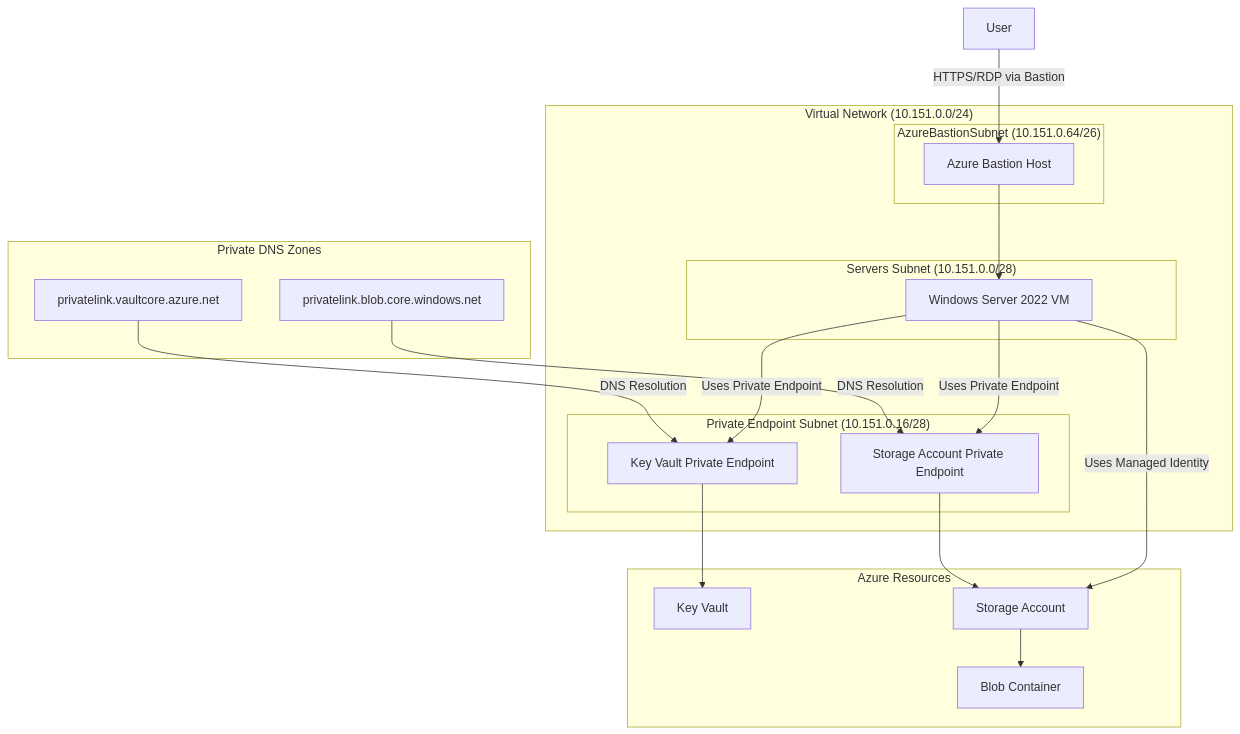
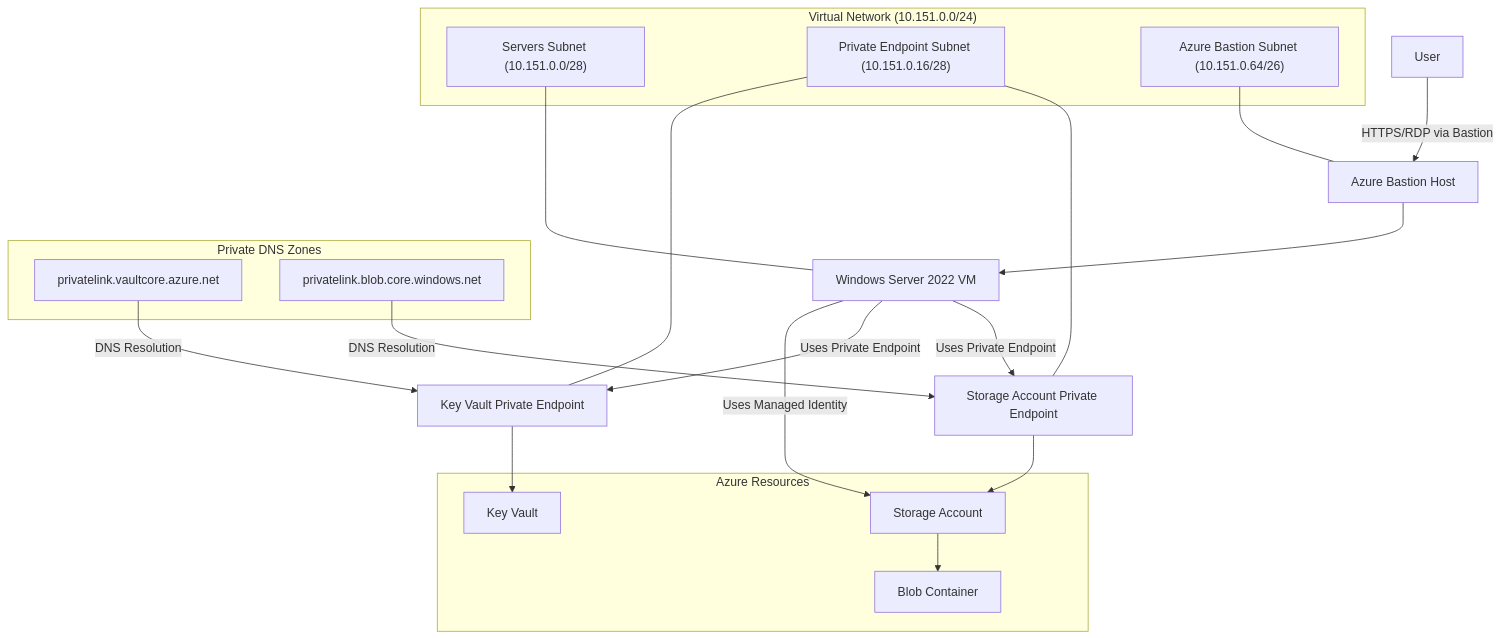
One commit to lenvolk/images-using-azure-image-builder changed the diagram in LenVolk/SPO2SA/README.md. Above: the diagram before and after it, drawn with Mermaid.

Commit message:
update architecture diagram in README.md for improved clarity and structure

````diff
--- a/LenVolk/SPO2SA/README.md
+++ b/LenVolk/SPO2SA/README.md
@@ -32,40 +32,47 @@
 ```mermaid
 graph TD
-    subgraph "Virtual Network (10.151.0.0/24)"
-        subgraph "Servers Subnet (10.151.0.0/28)"
-            VM[Windows Server 2022 VM]
-        end
-        
-        subgraph "Private Endpoint Subnet (10.151.0.16/28)"
-            KV_PE[Key Vault Private Endpoint]
-            SA_PE[Storage Account Private Endpoint]
-        end
-        
-        subgraph "AzureBastionSubnet (10.151.0.64/26)"
-            BASTION[Azure Bastion Host]
-        end
+    %% Define the virtual network boundary
+    subgraph VNet["Virtual Network (10.151.0.0/24)"]
+        ServersSubnet["Servers Subnet (10.151.0.0/28)"]
+        PrivateEndpointSubnet["Private Endpoint Subnet (10.151.0.16/28)"]
+        BastionSubnet["Azure Bastion Subnet (10.151.0.64/26)"]
     end
     
+    %% Define VM and network components
+    VM[Windows Server 2022 VM]
+    KV_PE[Key Vault Private Endpoint]
+    SA_PE[Storage Account Private Endpoint]
+    BASTION[Azure Bastion Host]
+    
+    %% Place components in their subnets using positioning
+    ServersSubnet --- VM
+    PrivateEndpointSubnet --- KV_PE
+    PrivateEndpointSubnet --- SA_PE
+    BastionSubnet --- BASTION
+    
+    %% Define Azure Resources
     subgraph "Azure Resources"
         KV[Key Vault]
         SA[Storage Account]
         CONTAINER[Blob Container]
     end
     
+    %% Define Private DNS Zones
     subgraph "Private DNS Zones"
         KV_DNS[privatelink.vaultcore.azure.net]
         SA_DNS[privatelink.blob.core.windows.net]
     end
 
+    %% Define relationships
     User--"HTTPS/RDP via Bastion"-->BASTION
     BASTION-->VM
     VM-- "Uses Managed Identity" -->SA
     VM-- "Uses Private Endpoint" -->KV_PE
     VM-- "Uses Private Endpoint" -->SA_PE
     KV_PE-->KV
     SA_PE-->SA
     SA-->CONTAINER
     
     KV_DNS-- "DNS Resolution" -->KV_PE
     SA_DNS-- "DNS Resolution" -->SA_PE
 ```
````
